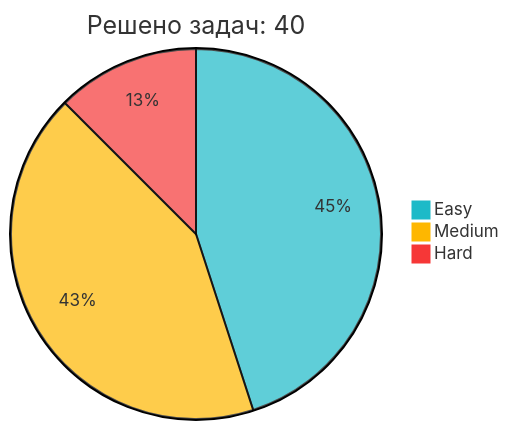
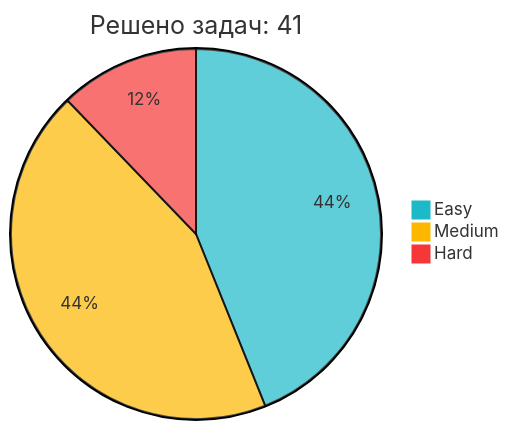
One commit to IliaKurdukov/IliaKurdukov changed the diagram in README.md. Above: the diagram before and after it, drawn with Mermaid. The commit also changed other lines of this file, not shown here.

Commit message:
📈 Обновление статистики LeetCode

````diff
--- a/README.md
+++ b/README.md
@@ -51,7 +51,7 @@
 ```mermaid
 %%{init: {'theme': 'base', 'themeVariables': { 'pie1': '#1CBAC8', 'pie2': '#FEB700', 'pie3': '#F63737' }, 'config': {'width': 300, 'height': 200}}}%%
-pie title Решено задач: 40
+pie title Решено задач: 41
    "Easy" : 18
-   "Medium" : 17
+   "Medium" : 18
    "Hard" : 5
 ```
````
